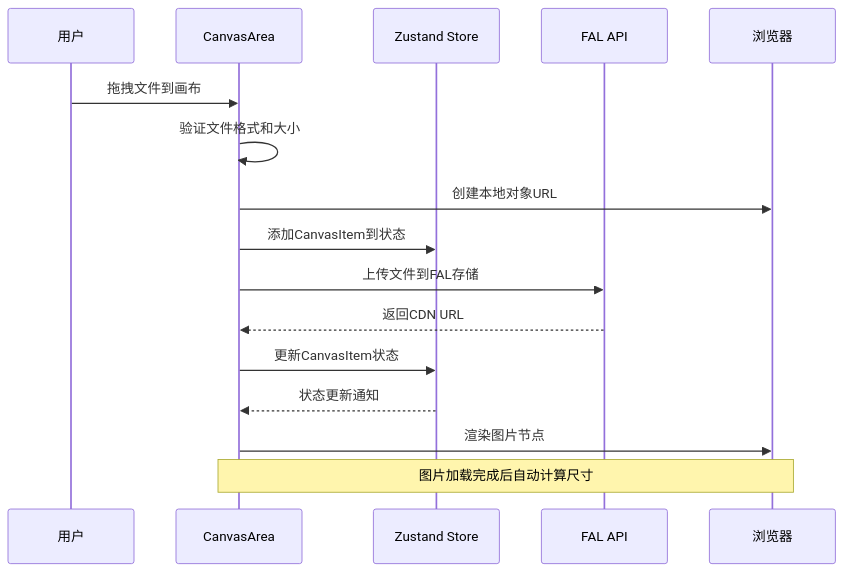
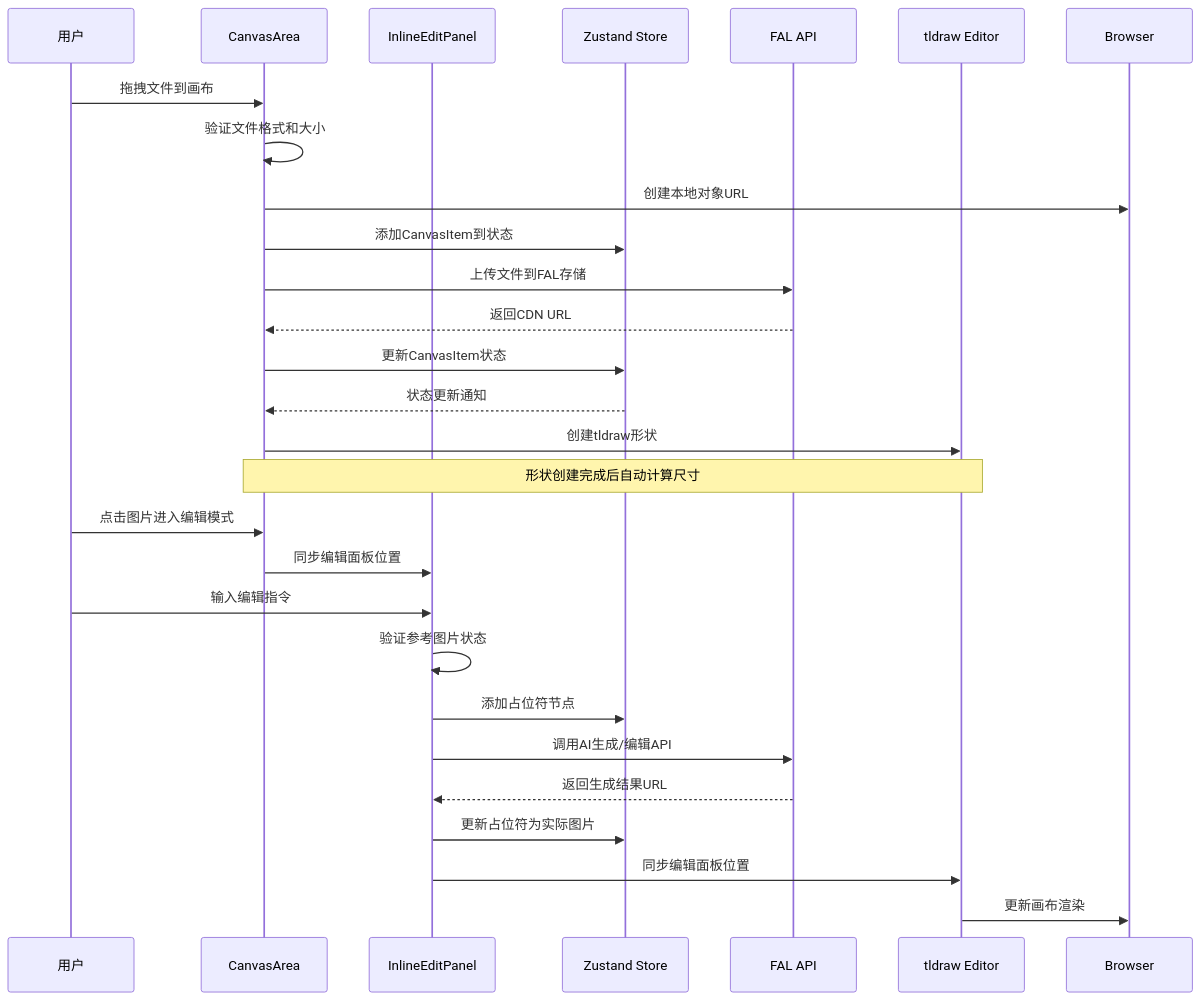
Before and after one commit to billye220670/BananaFlow2: the fifth of 13 diagrams in .qoder/repowiki/zh/content/核心功能模块/画布交互系统.md, drawn with Mermaid. The commit also changed other lines of this file and 29 other files, not shown here.

````diff
--- a/.qoder/repowiki/zh/content/核心功能模块/画布交互系统.md
+++ b/.qoder/repowiki/zh/content/核心功能模块/画布交互系统.md
@@ -211,18 +282,29 @@
 ```mermaid
 sequenceDiagram
 participant User as 用户
 participant Canvas as CanvasArea
+participant Panel as InlineEditPanel
 participant Store as Zustand Store
 participant FAL as FAL API
-participant Browser as 浏览器
+participant Editor as tldraw Editor
 User->>Canvas : 拖拽文件到画布
 Canvas->>Canvas : 验证文件格式和大小
 Canvas->>Browser : 创建本地对象URL
 Canvas->>Store : 添加CanvasItem到状态
 Canvas->>FAL : 上传文件到FAL存储
 FAL-->>Canvas : 返回CDN URL
 Canvas->>Store : 更新CanvasItem状态
 Store-->>Canvas : 状态更新通知
-Canvas->>Browser : 渲染图片节点
-Note over Canvas,Browser : 图片加载完成后自动计算尺寸
+Canvas->>Editor : 创建tldraw形状
+Note over Canvas,Editor : 形状创建完成后自动计算尺寸
+User->>Canvas : 点击图片进入编辑模式
+Canvas->>Panel : 同步编辑面板位置
+User->>Panel : 输入编辑指令
+Panel->>Panel : 验证参考图片状态
+Panel->>Store : 添加占位符节点
+Panel->>FAL : 调用AI生成/编辑API
+FAL-->>Panel : 返回生成结果URL
+Panel->>Store : 更新占位符为实际图片
+Panel->>Editor : 同步编辑面板位置
+Editor->>Browser : 更新画布渲染
 ```
````
